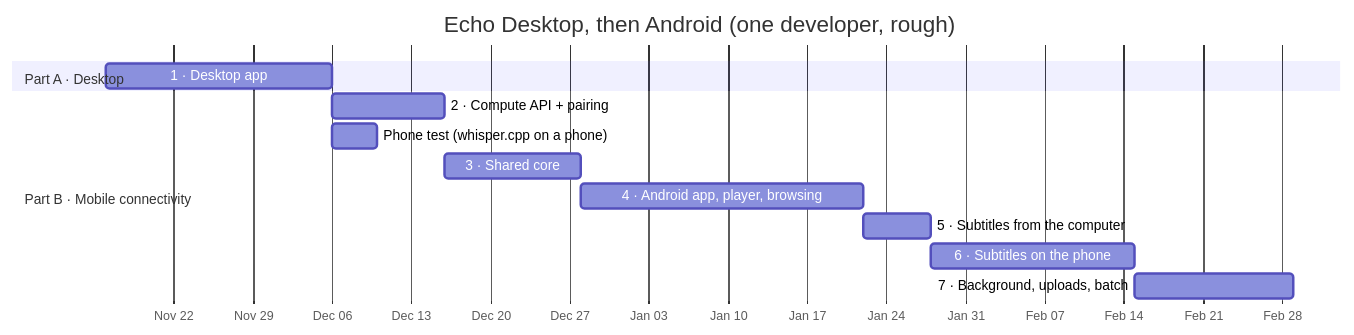
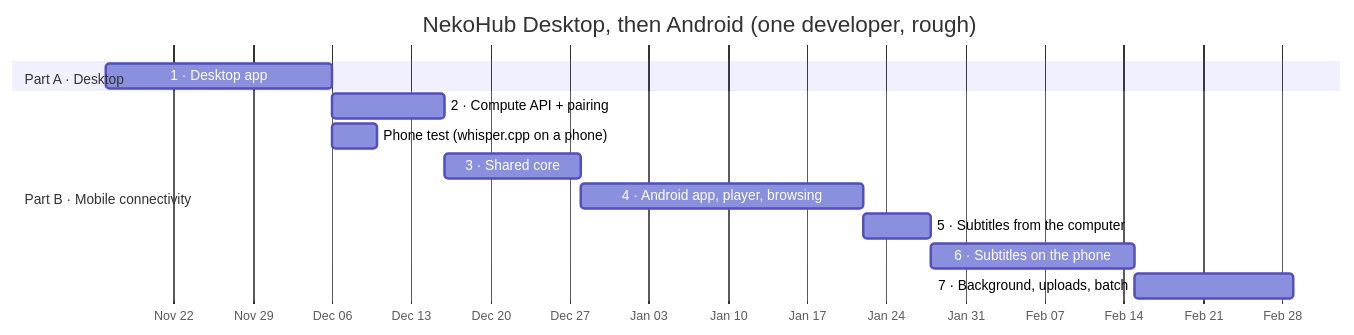
The first of 21 diagrams in PLAN.md (PrathameshBelvalkar/web-asmrone), drawn with Mermaid before and after one commit. The commit also changed other lines of this file and 79 other files, not shown here.

First line of the commit message:
Rename the app from Echo to NekoHub

````diff
--- a/PLAN.md
+++ b/PLAN.md
@@ -66,18 +66,18 @@
 ```mermaid
 gantt
-    title Echo Desktop, then Android (one developer, rough)
+    title NekoHub Desktop, then Android (one developer, rough)
     dateFormat YYYY-MM-DD
     axisFormat %b %d
 
     section Part A · Desktop
     1 · Desktop app                       :p1, 2026-11-16, 20d
 
     section Part B · Mobile connectivity
     2 · Compute API + pairing             :p2, after p1, 10d
     Phone test (whisper.cpp on a phone)   :spike, after p1, 4d
     3 · Shared core                       :p3, after p2, 12d
     4 · Android app, player, browsing     :p4, after p3, 25d
     5 · Subtitles from the computer       :p5, after p4, 6d
     6 · Subtitles on the phone             :p6, after p5, 18d
     7 · Background, uploads, batch        :p7, after p6, 14d
 ```
````
